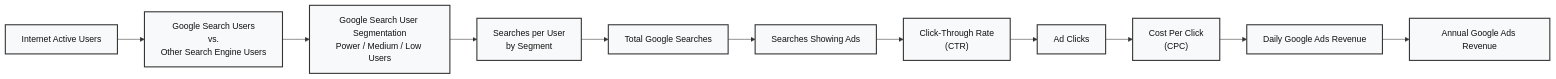
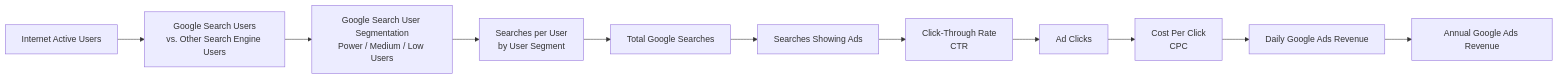
The diagram in Guesstimate_Que_2/readme.md (ShreyanshiJaiswal/Guesstimate_Journey), drawn with Mermaid before and after one commit.

````diff
--- a/Guesstimate_Que_2/readme.md
+++ b/Guesstimate_Que_2/readme.md
@@ -21,19 +21,14 @@
 ```mermaid
 flowchart LR
-
-    A["Internet Active Users"]
-    --> B["Google Search Users<br/>vs.<br/>Other Search Engine Users"]
-    --> C["Google Search User Segmentation<br/>Power / Medium / Low Users"]
-    --> D["Searches per User<br/>by Segment"]
-    --> E["Total Google Searches"]
-    --> F["Searches Showing Ads"]
-    --> G["Click-Through Rate<br/>(CTR)"]
-    --> H["Ad Clicks"]
-    --> I["Cost Per Click<br/>(CPC)"]
-    --> J["Daily Google Ads Revenue"]
-    --> K["Annual Google Ads Revenue"]
-
-    classDef bigBlock fill:#f8f9fa,stroke:#333,stroke-width:2px,color:#111,font-size:16px;
-
-    class A,B,C,D,E,F,G,H,I,J,K bigBlock;
+    A[Internet Active Users]
+    --> B[Google Search Users<br/>vs. Other Search Engine Users]
+    --> C[Google Search User Segmentation<br/>Power / Medium / Low Users]
+    --> D[Searches per User<br/>by User Segment]
+    --> E[Total Google Searches]
+    --> F[Searches Showing Ads]
+    --> G[Click-Through Rate<br/>CTR]
+    --> H[Ad Clicks]
+    --> I[Cost Per Click<br/>CPC]
+    --> J[Daily Google Ads Revenue]
+    --> K[Annual Google Ads Revenue]
 ```
````
